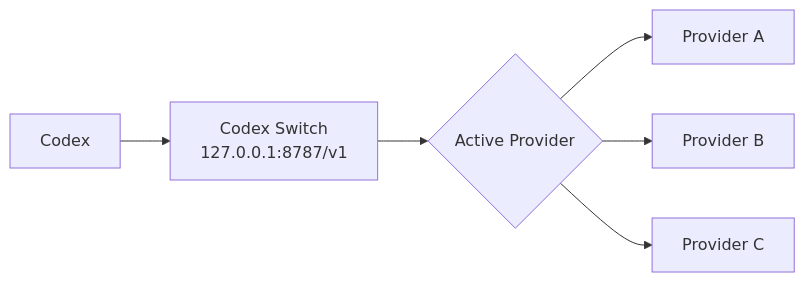
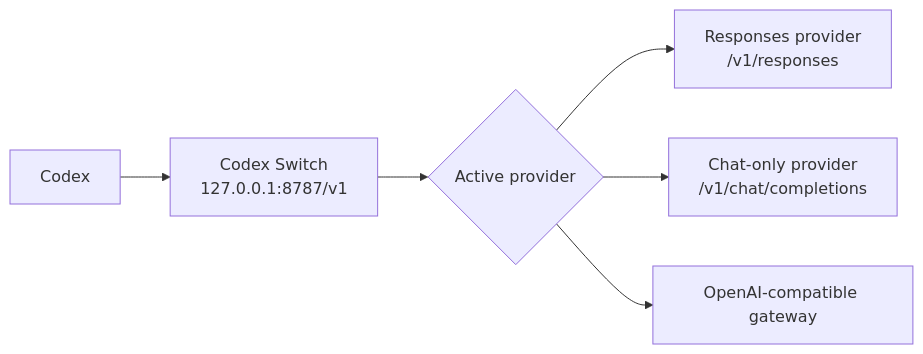
The diagram in README.md (chenziwenhaoshuai/Codex-switch), drawn with Mermaid before and after one commit. The commit also changed other lines of this file and 1 other file, not shown here.

````diff
--- a/README.md
+++ b/README.md
@@ -56,8 +57,8 @@
 ```mermaid
 flowchart LR
     A["Codex"] --> B["Codex Switch<br/>127.0.0.1:8787/v1"]
-    B --> C{"Active Provider"}
-    C --> D["Provider A"]
-    C --> E["Provider B"]
-    C --> F["Provider C"]
+    B --> C{"Active provider"}
+    C --> D["Responses provider<br/>/v1/responses"]
+    C --> E["Chat-only provider<br/>/v1/chat/completions"]
+    C --> F["OpenAI-compatible gateway"]
 ```
````
